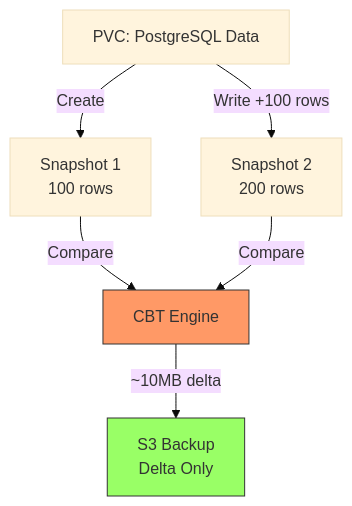
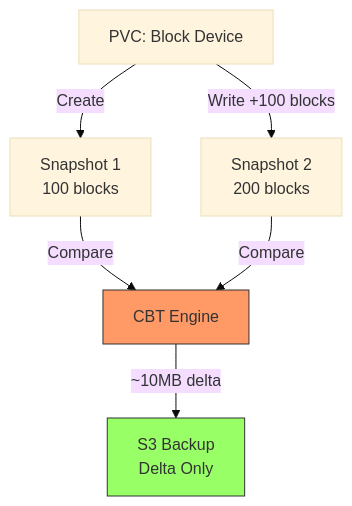
One commit to kaovilai/k8s-cbt-s3mover-demo changed the first of 3 diagrams in demo/slides.md. Above: the diagram before and after it, drawn with Mermaid (base theme). The commit also changed other lines of this file, not shown here.

First line of the commit message:
docs: update mermaid diagrams to reflect block-writer workload

````diff
--- a/demo/slides.md
+++ b/demo/slides.md
@@ -82,17 +82,17 @@
 ```mermaid {scale:0.5}
 graph TB
-    PVC[PVC: PostgreSQL Data]
-    S1[Snapshot 1<br/>100 rows]
-    S2[Snapshot 2<br/>200 rows]
+    PVC[PVC: Block Device]
+    S1[Snapshot 1<br/>100 blocks]
+    S2[Snapshot 2<br/>200 blocks]
     CBT[CBT Engine]
     S3[S3 Backup<br/>Delta Only]
 
     PVC -->|Create| S1
-    PVC -->|Write +100 rows| S2
+    PVC -->|Write +100 blocks| S2
     S1 -->|Compare| CBT
     S2 -->|Compare| CBT
     CBT -->|~10MB delta| S3
 
     style CBT fill:#f96,stroke:#333
     style S3 fill:#9f6,stroke:#333
 ```
````
